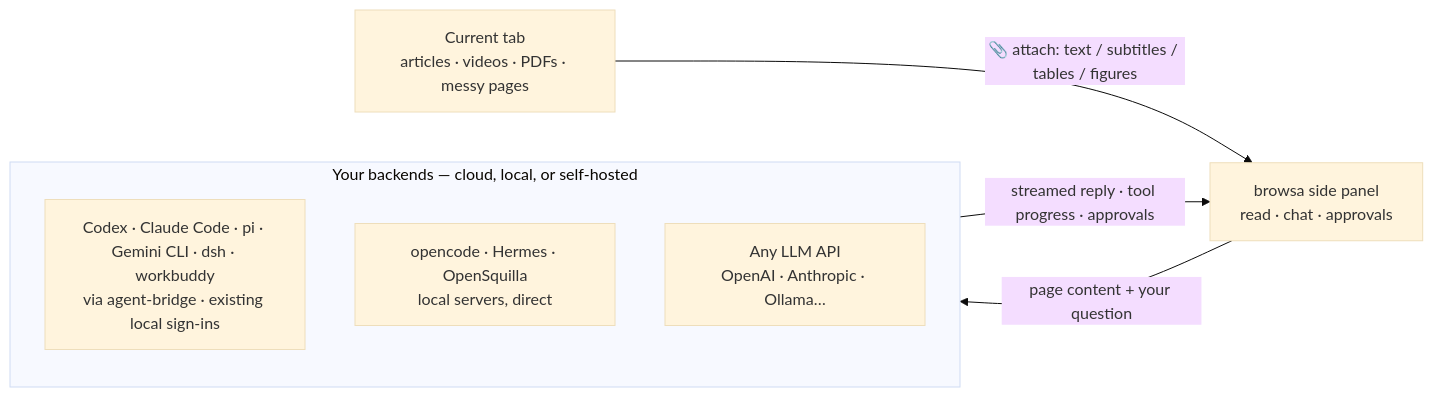
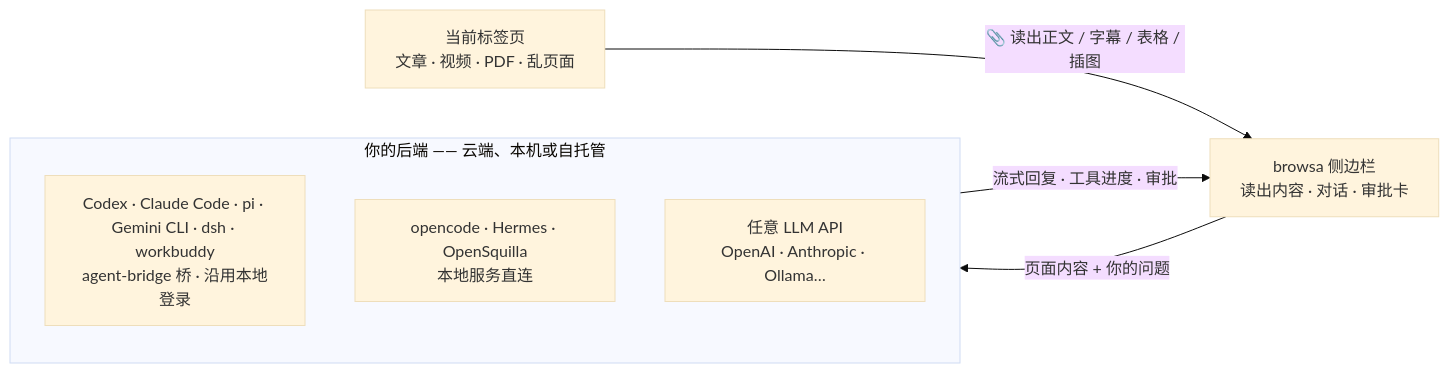
Before and after one commit to xiaohuzai/browsa: the diagram in README.md, drawn with Mermaid (base theme). The commit also changed other lines of this file and 10 other files, not shown here.

````diff
--- a/README.md
+++ b/README.md
@@ -64,13 +64,13 @@
 ```mermaid
 flowchart LR
-    P["Current tab<br/>articles · videos · PDFs · messy pages"]
-    B["browsa side panel<br/>read · chat · approvals"]
-    subgraph Y["Your backends — cloud, local, or self-hosted"]
-        A1["Codex · Claude Code · pi · Gemini CLI · dsh · workbuddy<br/>via agent-bridge · existing local sign-ins"]
-        A2["opencode · Hermes · OpenSquilla<br/>local servers, direct"]
-        A3["Any LLM API<br/>OpenAI · Anthropic · Ollama…"]
+    P["当前标签页<br/>文章 · 视频 · PDF · 乱页面"]
+    B["browsa 侧边栏<br/>读出内容 · 对话 · 审批卡"]
+    subgraph Y["你的后端 —— 云端、本机或自托管"]
+        A1["Codex · Claude Code · pi · Gemini CLI · dsh · workbuddy<br/>agent-bridge 桥 · 沿用本地登录"]
+        A2["opencode · Hermes · OpenSquilla<br/>本地服务直连"]
+        A3["任意 LLM API<br/>OpenAI · Anthropic · Ollama…"]
     end
-    P -->|"📎 attach: text / subtitles / tables / figures"| B
-    B -->|"page content + your question"| Y
-    Y -->|"streamed reply · tool progress · approvals"| B
+    P -->|"📎 读出正文 / 字幕 / 表格 / 插图"| B
+    B -->|"页面内容 + 你的问题"| Y
+    Y -->|"流式回复 · 工具进度 · 审批"| B
 ```
````
